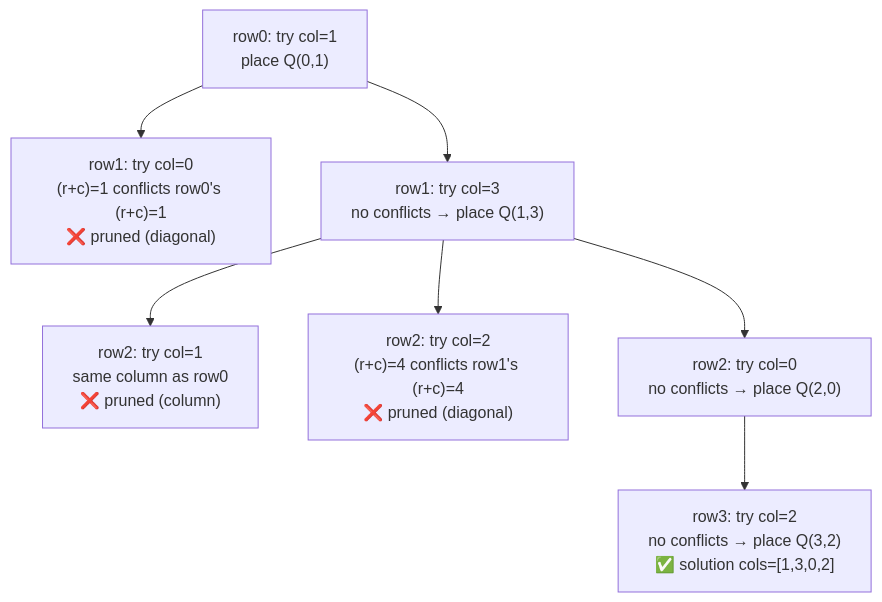
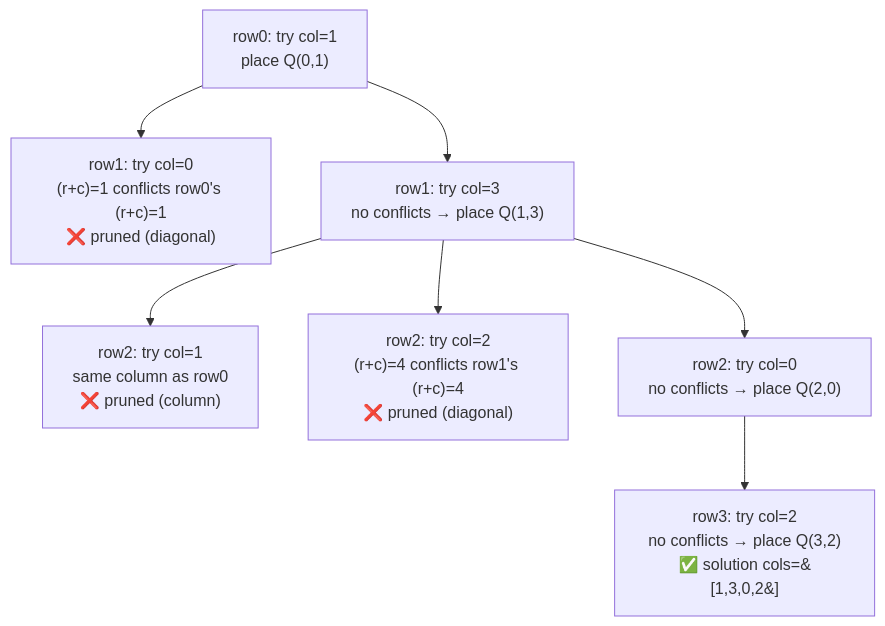
The diagram in topics/10-backtracking/08-n-queens/README.md (Aryan-Jadon18/dsa-placement-prep), drawn with Mermaid before and after one commit. The commit also changed 52 other files, not shown here.

First line of the commit message:
Fix Mermaid diagrams not rendering on GitHub

````diff
--- a/topics/10-backtracking/08-n-queens/README.md
+++ b/topics/10-backtracking/08-n-queens/README.md
@@ -96,15 +96,15 @@
 ```mermaid
 graph TD
     R["row0: try col=1<br/>place Q(0,1)"]
     A["row1: try col=0<br/>(r+c)=1 conflicts row0's (r+c)=1<br/>❌ pruned (diagonal)"]
     B["row1: try col=3<br/>no conflicts → place Q(1,3)"]
     C["row2: try col=1<br/>same column as row0<br/>❌ pruned (column)"]
     D["row2: try col=2<br/>(r+c)=4 conflicts row1's (r+c)=4<br/>❌ pruned (diagonal)"]
     E["row2: try col=0<br/>no conflicts → place Q(2,0)"]
-    F["row3: try col=2<br/>no conflicts → place Q(3,2)<br/>✅ solution cols=[1,3,0,2]"]
+    F["row3: try col=2<br/>no conflicts → place Q(3,2)<br/>✅ solution cols=&#91;1,3,0,2&#93;"]
     R --> A
     R --> B
     B --> C
     B --> D
     B --> E --> F
 ```
````
